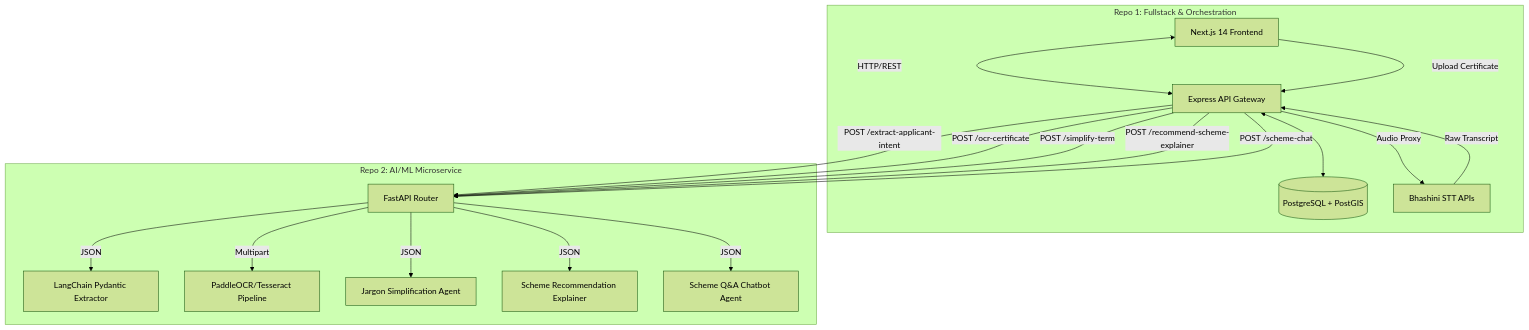
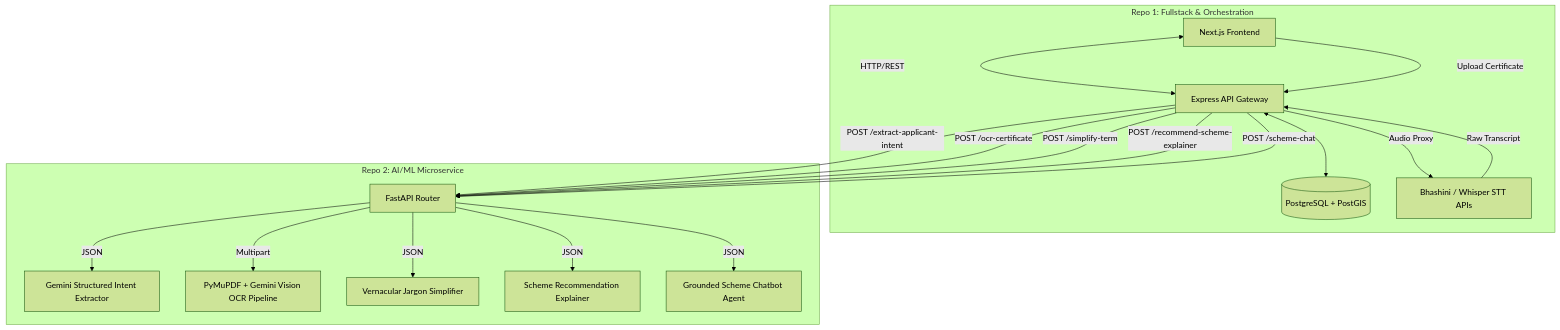
Before and after one commit to aviraltrip/SIH-26-AI-ML: the diagram in AI_ML_SPECIFICATION.md, drawn with Mermaid (forest theme). The commit also changed other lines of this file and 3 other files, not shown here.

````diff
--- a/AI_ML_SPECIFICATION.md
+++ b/AI_ML_SPECIFICATION.md
@@ -14,28 +16,28 @@
 ```mermaid
 graph TD
     %% Repo 1 Context
     subgraph Repo1 [Repo 1: Fullstack & Orchestration]
-        A[Next.js 14 Frontend] <-->|HTTP/REST| B[Express API Gateway]
+        A[Next.js Frontend] <-->|HTTP/REST| B[Express API Gateway]
         B <--> C[(PostgreSQL + PostGIS)]
-        B -->|Audio Proxy| STT[Bhashini STT APIs]
+        B -->|Audio Proxy| STT[Bhashini / Whisper STT APIs]
     end
 
     %% Repo 2 Context
     subgraph Repo2 [Repo 2: AI/ML Microservice]
         F[FastAPI Router]
-        F -->|JSON| PE[LangChain Pydantic Extractor]
-        F -->|Multipart| OCR[PaddleOCR/Tesseract Pipeline]
-        F -->|JSON| JS[Jargon Simplification Agent]
+        F -->|JSON| PE[Gemini Structured Intent Extractor]
+        F -->|Multipart| OCR[PyMuPDF + Gemini Vision OCR Pipeline]
+        F -->|JSON| JS[Vernacular Jargon Simplifier]
         F -->|JSON| SE[Scheme Recommendation Explainer]
-        F -->|JSON| QA[Scheme Q&A Chatbot Agent]
+        F -->|JSON| QA[Grounded Scheme Chatbot Agent]
     end
 
     %% Interactions
     STT -->|Raw Transcript| B
     B -->|POST /extract-applicant-intent| F
     A -->|Upload Certificate| B
     B -->|POST /ocr-certificate| F
     B -->|POST /simplify-term| F
     B -->|POST /recommend-scheme-explainer| F
     B -->|POST /scheme-chat| F
 ```
````
